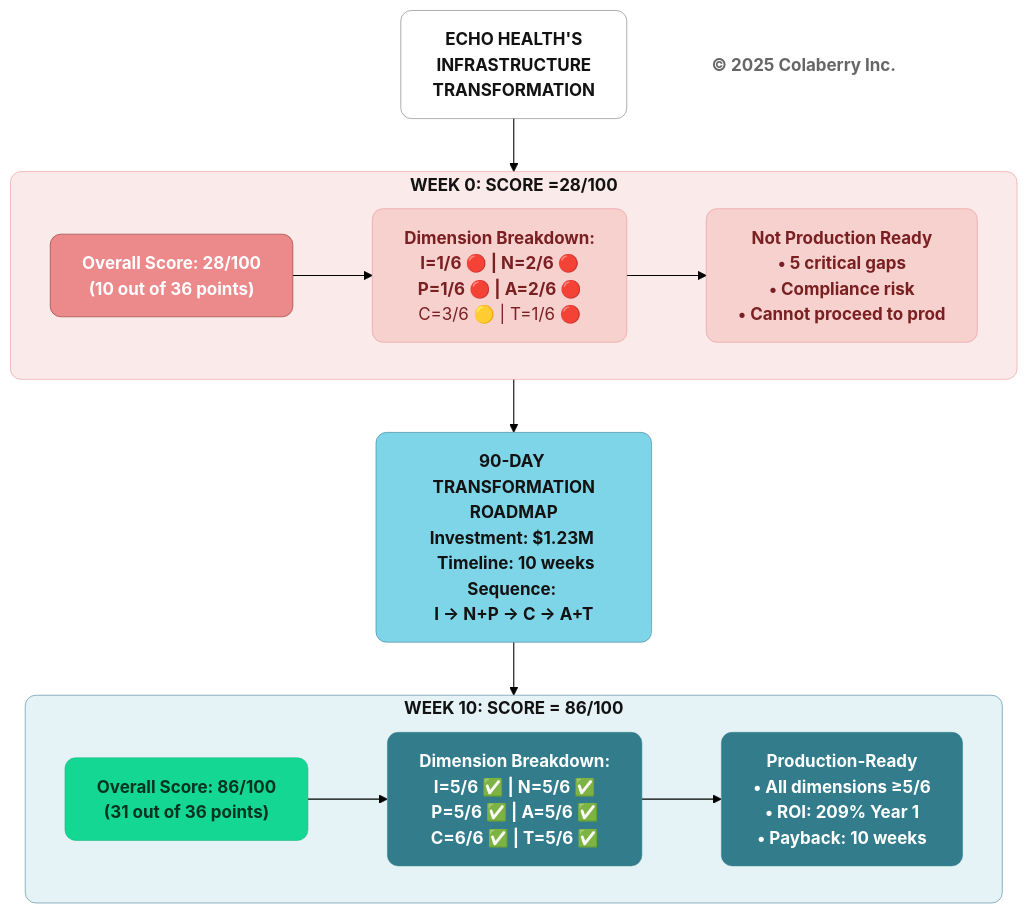
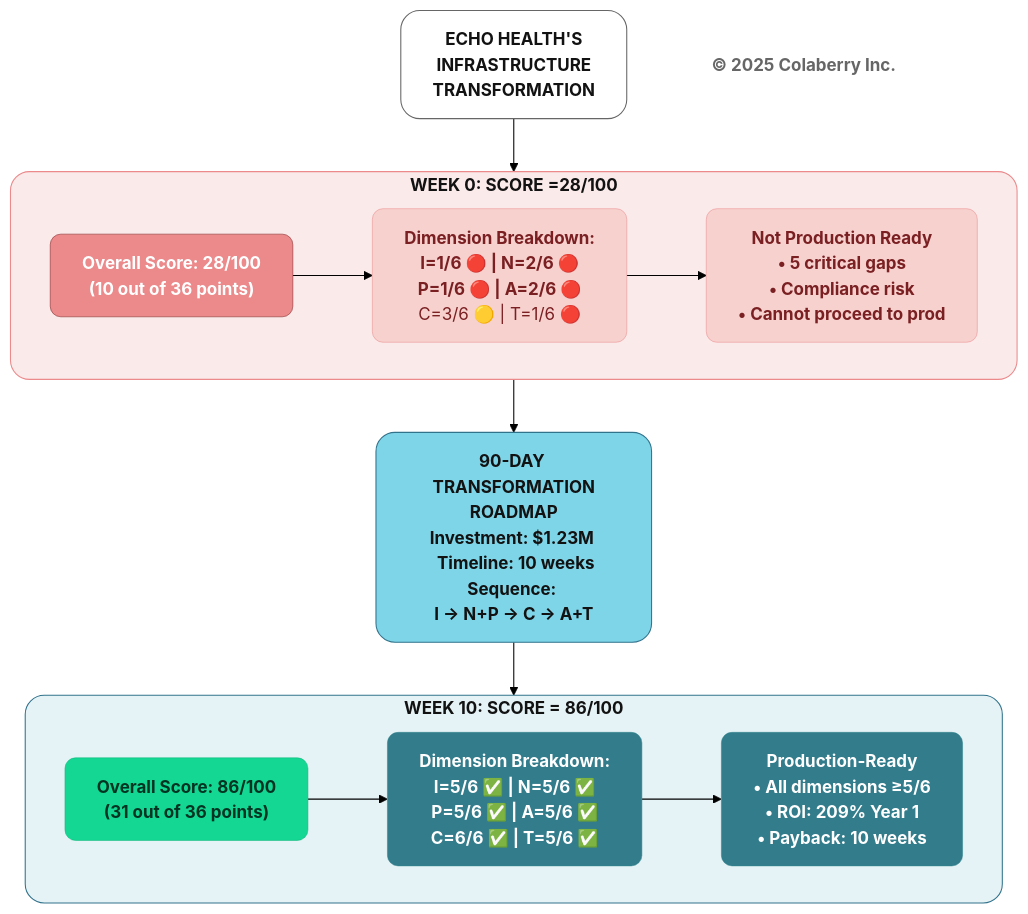
One commit to saitejesh-cyber/trust-before-intelligence-book changed the sixth of 12 diagrams in manuscript/03_chapter_2_inpact_framework.md. Above: the diagram before and after it, drawn with Mermaid (forest theme). The commit also changed other lines of this file and 12 other files, not shown here.

````diff
--- a/manuscript/03_chapter_2_inpact_framework.md
+++ b/manuscript/03_chapter_2_inpact_framework.md
@@ -361,51 +361,51 @@
 ```mermaid
 graph TB
     TITLE["<b>ECHO HEALTH'S<br/>INFRASTRUCTURE<br/>TRANSFORMATION</b>"]
     
     TITLE --> BEFORE
     
     subgraph BEFORE["<b>WEEK 0: SCORE =28/100</b>"]
         B_SCORE["<b>Overall Score: 28/100</b><br/><b>(10 out of 36 points)</b>"]
         
         B_DIMS["<b>Dimension Breakdown:</b><br/><b>I=1/6 🔴 | N=2/6 🔴 </b><br/><b>P=1/6 🔴 | A=2/6 🔴</b><br/> C=3/6 🟡 | T=1/6 🔴</b>"]
         
         B_STATUS["<b>Not Production Ready</b><br/><b>• 5 critical gaps </b><br/><b>• Compliance risk</b><br/><b>• Cannot proceed to prod</b>"]
         
         B_SCORE --> B_DIMS
         B_DIMS --> B_STATUS
     end
     
     BEFORE --> TRANSFORM["<b>90-DAY TRANSFORMATION<br/>ROADMAP</b><br/><b>Investment: $1.23M </b><br/><b> Timeline: 10 weeks</b><br/><b>Sequence: </b><br/><b>I → N+P → C → A+T</b>"]
     
     TRANSFORM --> AFTER
     
     subgraph AFTER["<b>WEEK 10: SCORE = 86/100</b>"]
         A_SCORE["<b>Overall Score: 86/100</b><br/><b>(31 out of 36 points)</b>"]
         
         A_DIMS["<b>Dimension Breakdown:</b><br/><b>I=5/6 ✅ | N=5/6 ✅ </b><br/><b> P=5/6 ✅ | A=5/6 ✅</b><br/><b>C=6/6 ✅ | T=5/6 ✅</b>"]
         
 A_STATUS["<b>Production-Ready</b><br/><b>• All dimensions ≥5/6 </b><br/><b>• ROI: 209% Year 1 </b><br/><b>• Payback: 10 weeks</b>"]
         
         A_SCORE --> A_DIMS
         A_DIMS --> A_STATUS
     end
     
     COPYRIGHT["<b>© 2025 Colaberry Inc.</b>"]
 
-    style TITLE fill:#ffffff,stroke:#666666,stroke-width:0.5px,color:#121212,rx:10,ry:10
+    style TITLE fill:#ffffff,stroke:#666666,stroke-width:1px,color:#121212,rx:18,ry:18
 
     %% BEFORE — Problems / Failures (Coral)
-    style BEFORE fill:#FBEAEA,stroke:#EB898B,stroke-width:0.5px,color:#121212,rx:10,ry:10
+    style BEFORE fill:#FBEAEA,stroke:#EB898B,stroke-width:1px,color:#121212,rx:18,ry:18
     style B_SCORE fill:#EB898B,color:#ffffff,stroke:#7A1F22,stroke-width:0.5px,rx:10,ry:10
     style B_DIMS fill:#F6D1CE,stroke:#EB898B,stroke-width:0.5px,color:#7A1F22,rx:10,ry:10
     style B_STATUS fill:#F6D1CE,stroke:#EB898B,stroke-width:0.5px,color:#7A1F22,rx:10,ry:10
 
-    style TRANSFORM fill:#7FD5E8,stroke:#32738C,stroke-width:0.5px,color:#121212,rx:10,ry:10
+    style TRANSFORM fill:#7FD5E8,stroke:#32738C,stroke-width:1px,color:#121212,rx:18,ry:18
 
-    style AFTER fill:#E6F3F6,stroke:#32738C,stroke-width:0.5px,color:#121212,rx:10,ry:10
+    style AFTER fill:#E6F3F6,stroke:#32738C,stroke-width:1px,color:#121212,rx:18,ry:18
     style A_SCORE fill:#14D793,color:#003322,stroke:#0FB67D,stroke-width:0.5px,rx:10,ry:10
     style A_DIMS fill:#327C8C,stroke:#30838C,stroke-width:0.5px,color:#ffffff,rx:10,ry:10
     style A_STATUS fill:#327C8C,stroke:#30838C,stroke-width:0.5px,color:#ffffff,rx:10,ry:10
 
     style COPYRIGHT fill:none,stroke:none,color:#666666
 ```
````
